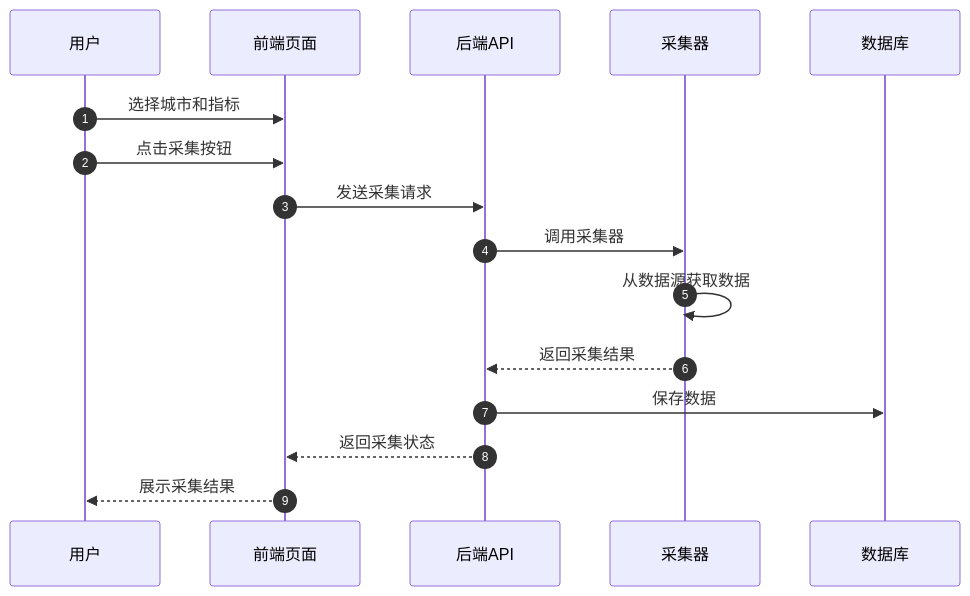
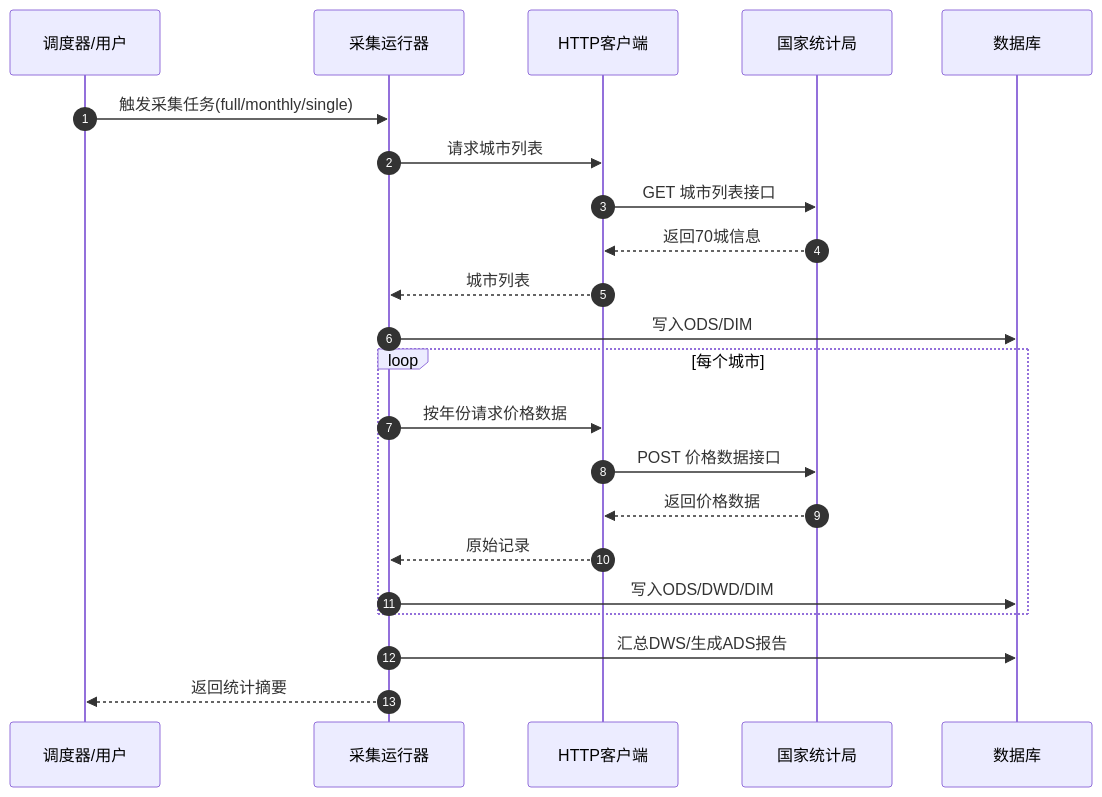
One commit to hhyouyou/eaves changed the diagram in doc/requirements/REQ-002-数据采集模块.md. Above: the diagram before and after it, drawn with Mermaid. The commit also changed other lines of this file and 3 other files, not shown here.

````diff
--- a/doc/requirements/REQ-002-数据采集模块.md
+++ b/doc/requirements/REQ-002-数据采集模块.md
@@ -57,19 +70,27 @@
 ```mermaid
 sequenceDiagram
     autonumber
-    participant U as 用户
-    participant UI as 前端页面
-    participant API as 后端API
-    participant COL as 采集器
+    participant S as 调度器/用户
+    participant R as 采集运行器
+    participant C as HTTP客户端
+    participant API as 国家统计局
     participant DB as 数据库
 
-    U->>UI: 选择城市和指标
-    U->>UI: 点击采集按钮
-    UI->>API: 发送采集请求
-    API->>COL: 调用采集器
-    COL->>COL: 从数据源获取数据
-    COL-->>API: 返回采集结果
-    API->>DB: 保存数据
-    API-->>UI: 返回采集状态
-    UI-->>U: 展示采集结果
+    S->>R: 触发采集任务(full/monthly/single)
+    R->>C: 请求城市列表
+    C->>API: GET 城市列表接口
+    API-->>C: 返回70城信息
+    C-->>R: 城市列表
+    R->>DB: 写入ODS/DIM
+
+    loop 每个城市
+        R->>C: 按年份请求价格数据
+        C->>API: POST 价格数据接口
+        API-->>C: 返回价格数据
+        C-->>R: 原始记录
+        R->>DB: 写入ODS/DWD/DIM
+    end
+
+    R->>DB: 汇总DWS/生成ADS报告
+    R-->>S: 返回统计摘要
 ```
````
